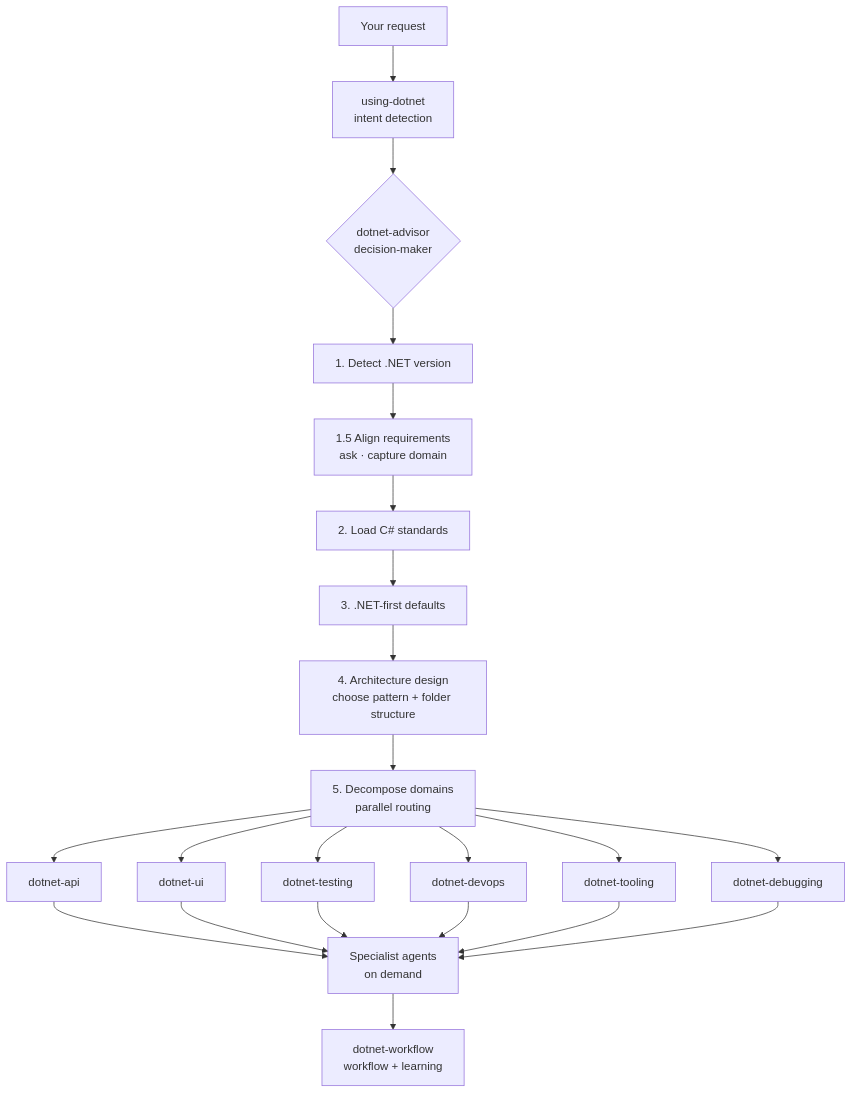
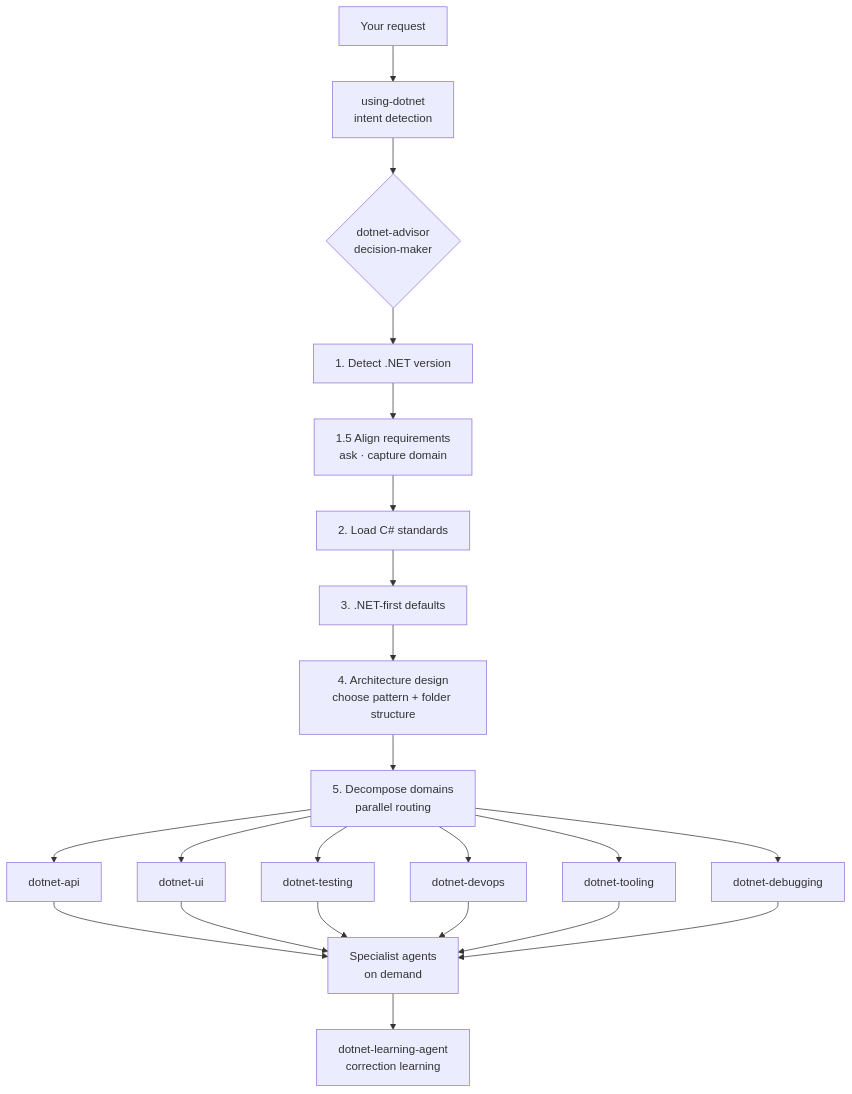
One commit to YataoFeng/dotnet-artisan changed the diagram in README.en.md. Above: the diagram before and after it, drawn with Mermaid. The commit also changed other lines of this file and 1 other file, not shown here.

Commit message:
fix: update flowchart and example to reference learning-agent instead of workflow for learning

````diff
--- a/README.en.md
+++ b/README.en.md
@@ -34,20 +34,20 @@
 ```mermaid
 flowchart TD
     A[Your request] --> B[using-dotnet<br/>intent detection]
     B --> C{dotnet-advisor<br/>decision-maker}
     C --> D[1. Detect .NET version]
     D --> E[1.5 Align requirements<br/>ask · capture domain]
     E --> F[2. Load C# standards]
     F --> G[3. .NET-first defaults]
     G --> H[4. Architecture design<br/>choose pattern + folder structure]
     H --> I[5. Decompose domains<br/>parallel routing]
     I --> J[dotnet-api]
     I --> K[dotnet-ui]
     I --> L[dotnet-testing]
     I --> M[dotnet-devops]
     I --> N[dotnet-tooling]
     I --> O[dotnet-debugging]
     J --> P[Specialist agents<br/>on demand]
     K --> P; L --> P; M --> P; N --> P; O --> P
-    P --> Q[dotnet-workflow<br/>workflow + learning]
+    P --> Q[dotnet-learning-agent<br/>correction learning]
 ```
````
